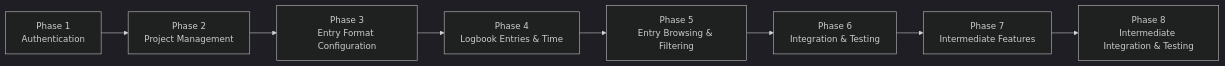
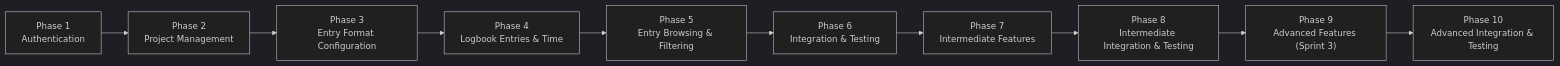
Before and after one commit to DiMpho-20/coms3011a-logbook-digital-logbook: the first of 3 diagrams in docs/design/development-plan.md, drawn with Mermaid (dark theme). The commit also changed other lines of this file and 2 other files, not shown here.

First line of the commit message:
docs: add Sprint 3 to the development plan and roadmap

````diff
--- a/docs/design/development-plan.md
+++ b/docs/design/development-plan.md
@@ -34,17 +35,21 @@
 ```mermaid
 flowchart LR
 
     A["Phase 1<br/>Authentication"] --> B["Phase 2<br/>Project Management"]
 
     B --> C["Phase 3<br/>Entry Format Configuration"]
 
     C --> D["Phase 4<br/>Logbook Entries & Time"]
 
     D --> E["Phase 5<br/>Entry Browsing & Filtering"]
 
     E --> F["Phase 6<br/>Integration & Testing"]
 
     F --> G["Phase 7<br/>Intermediate Features"]
 
     G --> H["Phase 8<br/>Intermediate Integration & Testing"]
+
+    H --> I["Phase 9<br/>Advanced Features (Sprint 3)"]
+
+    I --> J["Phase 10<br/>Advanced Integration & Testing"]
 ```
````
